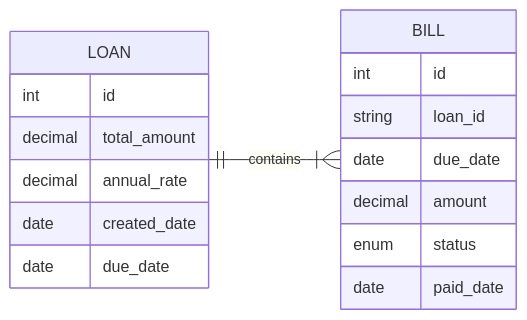
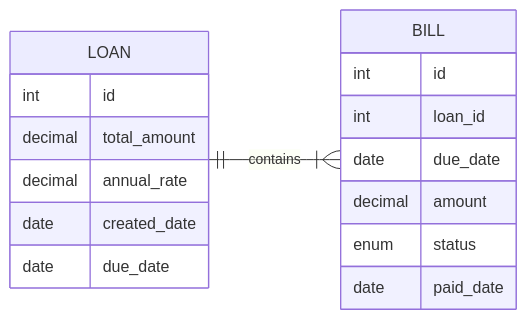
The diagram in README.md (nametal/bil-ngin), drawn with Mermaid before and after one commit. The commit also changed other lines of this file, not shown here.

````diff
--- a/README.md
+++ b/README.md
@@ -7,20 +7,20 @@
 ```mermaid
 erDiagram
     direction LR
     LOAN ||--|{ BILL : contains
     LOAN {
         int id
         decimal total_amount
         decimal annual_rate
         date created_date
         date due_date
     }
     BILL {
         int id
-        string loan_id
+        int loan_id
         date due_date
         decimal amount
         enum status
         date paid_date
     }
 ```
````
